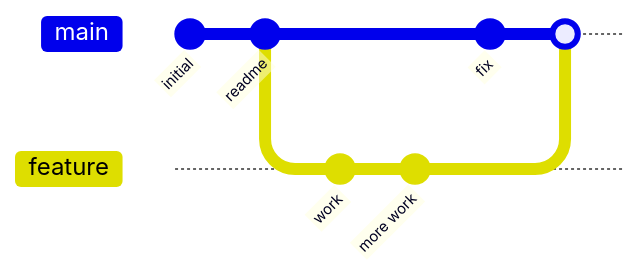
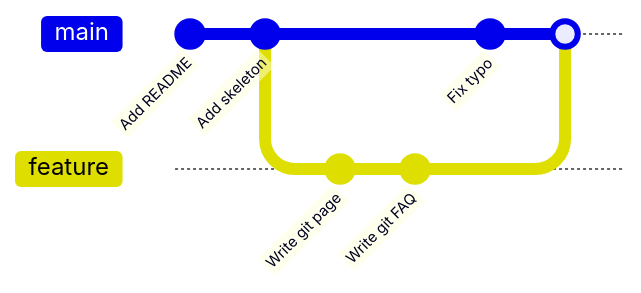
Before and after one commit to jparisu/nlp-esperantilo: the second of 2 diagrams in docs/git/organization.md, drawn with Mermaid. The commit also changed other lines of this file and 11 other files, not shown here.

````diff
--- a/docs/git/organization.md
+++ b/docs/git/organization.md
@@ -20,11 +90,11 @@
 ```mermaid
 gitGraph
-    commit id: "initial"
-    commit id: "readme"
+    commit id: "Add README"
+    commit id: "Add skeleton"
     branch feature
-    commit id: "work"
-    commit id: "more work"
+    commit id: "Write git page"
+    commit id: "Write git FAQ"
     checkout main
-    commit id: "fix"
+    commit id: "Fix typo"
     merge feature
 ```
````
